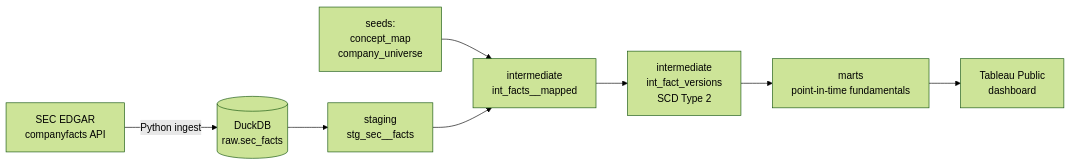
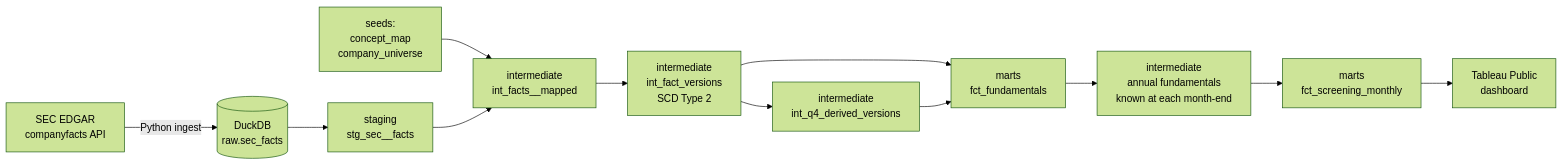
Before and after one commit to rajib-k-das/point-in-time-fundamentals: the diagram in README.md, drawn with Mermaid (forest theme). The commit also changed other lines of this file and 16 other files, not shown here.

Commit message:
Add Q4 derivation, point-in-time fundamentals, and monthly Piotroski screen

````diff
--- a/README.md
+++ b/README.md
@@ -37,10 +37,14 @@
 ```mermaid
 flowchart LR
     A[SEC EDGAR<br/>companyfacts API] -->|Python ingest| B[(DuckDB<br/>raw.sec_facts)]
     S[seeds:<br/>concept_map<br/>company_universe] --> D
     B --> C[staging<br/>stg_sec__facts]
     C --> D[intermediate<br/>int_facts__mapped]
     D --> E[intermediate<br/>int_fact_versions<br/>SCD Type 2]
-    E --> F[marts<br/>point-in-time fundamentals]
-    F --> G[Tableau Public<br/>dashboard]
+    E --> Q[intermediate<br/>int_q4_derived_versions]
+    E --> F[marts<br/>fct_fundamentals]
+    Q --> F
+    F --> M[intermediate<br/>annual fundamentals<br/>known at each month-end]
+    M --> SC[marts<br/>fct_screening_monthly]
+    SC --> G[Tableau Public<br/>dashboard]
 ```
````
